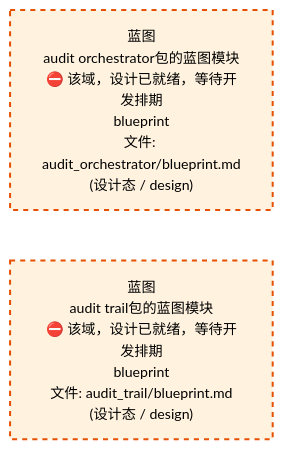
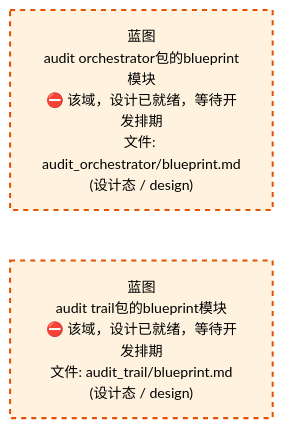
The third of 4 diagrams in docs/02_enterprise_architecture/02_domain_architecture_docs/50_d_gov_audit.md (xuanFelixVan/ZephyrAlpha), drawn with Mermaid before and after one commit. The commit also changed other lines of this file and 61 other files, not shown here.

````diff
--- a/docs/02_enterprise_architecture/02_domain_architecture_docs/50_d_gov_audit.md
+++ b/docs/02_enterprise_architecture/02_domain_architecture_docs/50_d_gov_audit.md
@@ -808,12 +807,12 @@
 ```mermaid
 %%{init: {'theme': 'base', 'themeVariables': {'primaryColor': '#eaeaea', 'primaryTextColor': '#333333', 'primaryBorderColor': '#666666', 'lineColor': '#666666', 'secondaryColor': '#eaeaea', 'tertiaryColor': '#eaeaea', 'fontSize': '14px'}}}%%
 flowchart TD
-    docs_03_modules_cross_layer_audit_orchestrator_blueprint_md["蓝图<br/>audit orchestrator包的蓝图模块<br/>⛔ 该域，设计已就绪，等待开发排期<br/>blueprint<br/>文件: audit_orchestrator/blueprint.md<br/>(设计态 / design)"]
-    docs_03_modules_domain_governance_audit_trail_blueprint_md["蓝图<br/>audit trail包的蓝图模块<br/>⛔ 该域，设计已就绪，等待开发排期<br/>blueprint<br/>文件: audit_trail/blueprint.md<br/>(设计态 / design)"]
+    docs_03_modules_cross_layer_audit_orchestrator_blueprint_md["蓝图<br/>audit orchestrator包的blueprint模块<br/>⛔ 该域，设计已就绪，等待开发排期<br/>文件: audit_orchestrator/blueprint.md<br/>(设计态 / design)"]
+    docs_03_modules_domain_governance_audit_trail_blueprint_md["蓝图<br/>audit trail包的blueprint模块<br/>⛔ 该域，设计已就绪，等待开发排期<br/>文件: audit_trail/blueprint.md<br/>(设计态 / design)"]
     docs_03_modules_cross_layer_audit_orchestrator_blueprint_md ~~~ docs_03_modules_domain_governance_audit_trail_blueprint_md
     classDef production fill:#e1f5fe,stroke:#01579b,stroke-width:2px,color:#000
     classDef design fill:#fff3e0,stroke:#e65100,stroke-width:2px,color:#000,stroke-dasharray: 5 5
     classDef external_prod fill:#e8f4fd,stroke:#0277bd,stroke-width:1px,color:#000
     classDef external_design fill:#fff8e7,stroke:#ef6c00,stroke-width:1px,color:#000,stroke-dasharray: 5 5
     class docs_03_modules_cross_layer_audit_orchestrator_blueprint_md,docs_03_modules_domain_governance_audit_trail_blueprint_md design
 ```
````
